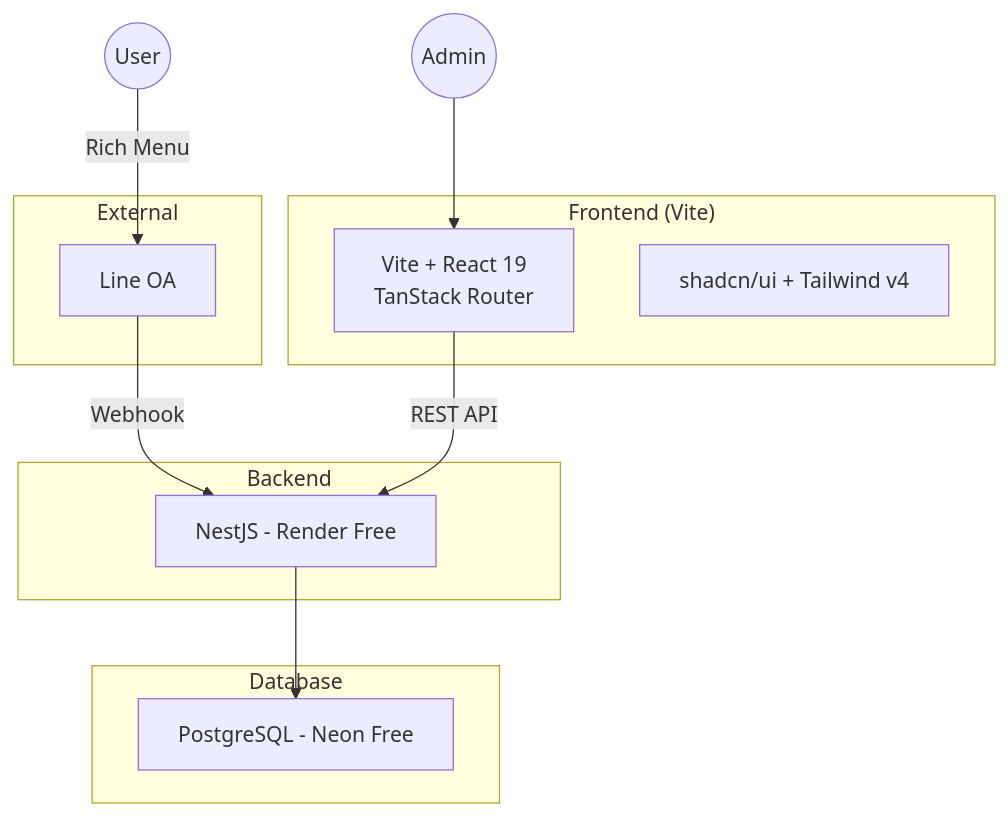
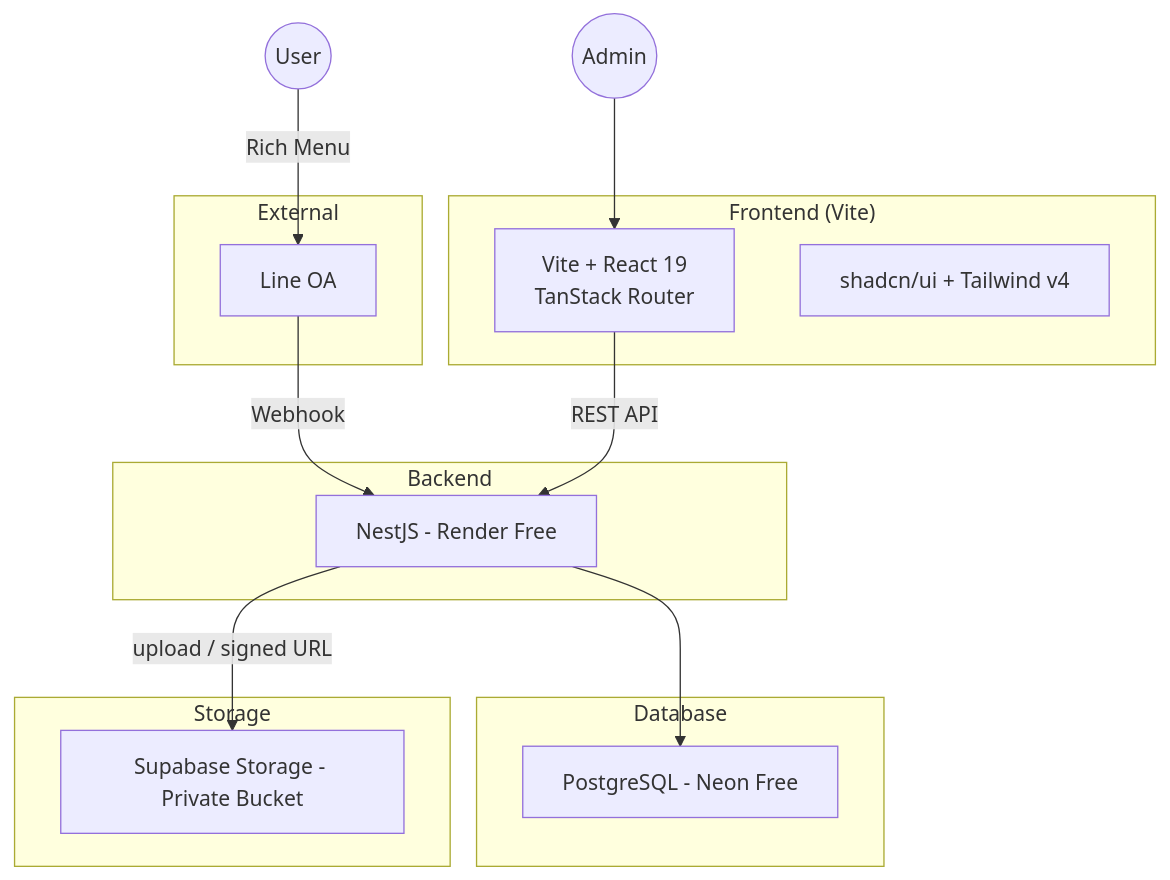
The diagram in System Design/Overview.md (bbirdss22-ops/project-newclear), drawn with Mermaid before and after one commit. The commit also changed other lines of this file, not shown here.

Commit message:
docs: update Overview.md with bank validation workflow, Supabase storage, new endpoints

````diff
--- a/System Design/Overview.md
+++ b/System Design/Overview.md
@@ -21,22 +21,26 @@
 ```mermaid
 graph TB
     subgraph "Frontend (Vite)"
         VITE[Vite + React 19<br/>TanStack Router]
         TAIL[shadcn/ui + Tailwind v4]
     end
     subgraph "Backend"
         NES[NestJS - Render Free]
     end
     subgraph "Database"
         PG[PostgreSQL - Neon Free]
     end
+    subgraph "Storage"
+        SB[Supabase Storage - Private Bucket]
+    end
     subgraph "External"
         LINE[Line OA]
     end
 
     LINE -- Webhook --> NES
     VITE -- REST API --> NES
     NES --> PG
+    NES -- upload / signed URL --> SB
     USER((User)) -- Rich Menu --> LINE
     ADMIN((Admin)) --> VITE
 ```
````
